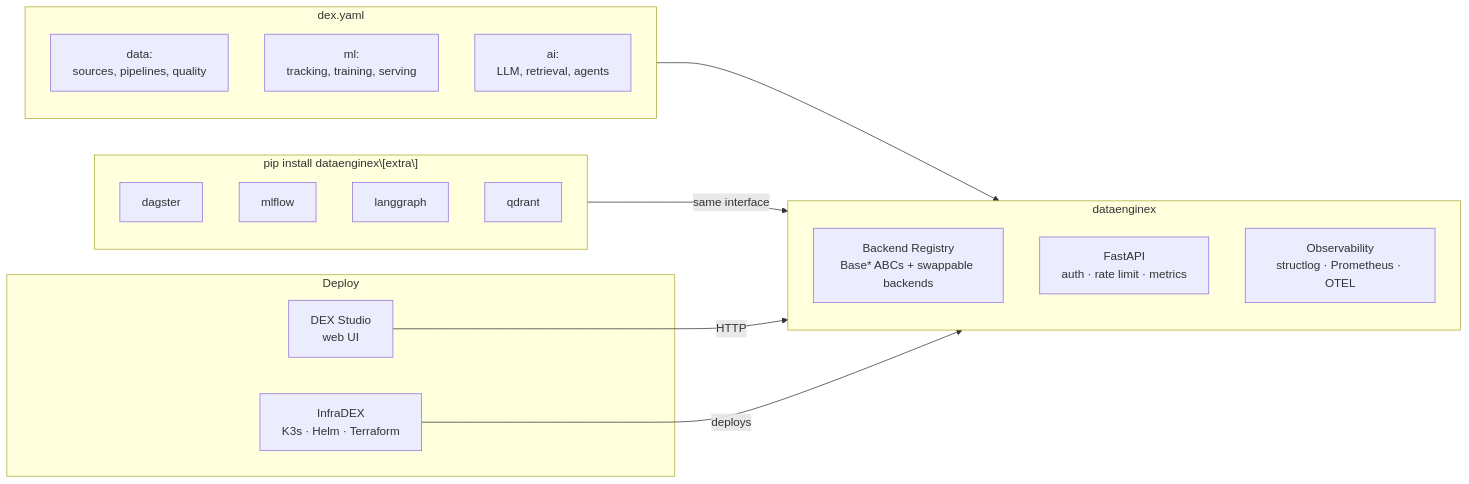
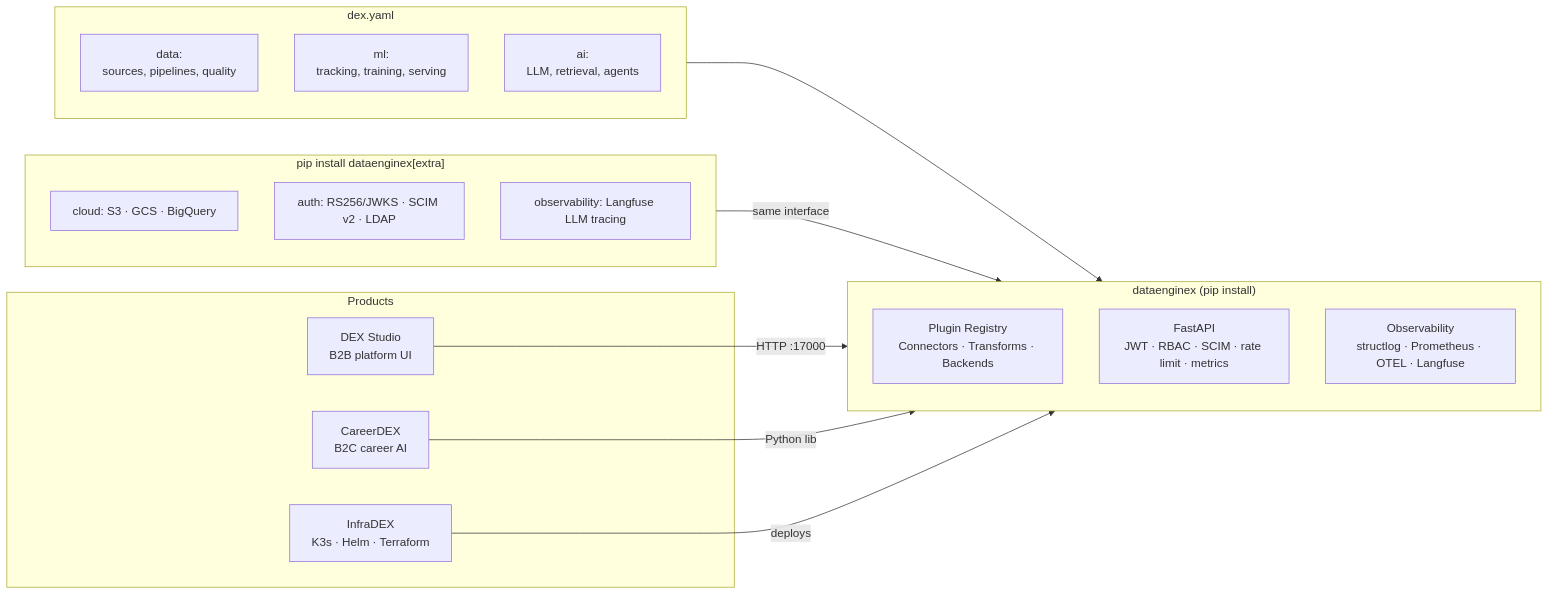
Before and after one commit to TheDataEngineX/.github: the diagram in profile/README.md, drawn with Mermaid. The commit also changed other lines of this file and 9 other files, not shown here.

````diff
--- a/profile/README.md
+++ b/profile/README.md
@@ -24,34 +24,35 @@
 ```mermaid
 graph LR
     subgraph Config ["dex.yaml"]
         direction TB
         DC[data:\nsources, pipelines, quality]
         MC[ml:\ntracking, training, serving]
         AC[ai:\nLLM, retrieval, agents]
     end
 
-    subgraph Core ["dataenginex"]
+    subgraph Core ["dataenginex (pip install)"]
         direction TB
-        REG[Backend Registry\nBase* ABCs + swappable backends]
-        API[FastAPI\nauth · rate limit · metrics]
-        OB[Observability\nstructlog · Prometheus · OTEL]
+        REG[Plugin Registry\nConnectors · Transforms · Backends]
+        API[FastAPI\nJWT · RBAC · SCIM · rate limit · metrics]
+        OB[Observability\nstructlog · Prometheus · OTEL · Langfuse]
     end
 
-    subgraph Extras ["pip install dataenginex\[extra\]"]
-        DAG[dagster]
-        MLF[mlflow]
-        LG[langgraph]
-        QD[qdrant]
+    subgraph Extras ["pip install dataenginex[extra]"]
+        CL[cloud: S3 · GCS · BigQuery]
+        AU[auth: RS256/JWKS · SCIM v2 · LDAP]
+        OV[observability: Langfuse LLM tracing]
     end
 
     Config --> Core
     Extras -->|same interface| Core
 
-    subgraph Deploy
-        UI[DEX Studio\nweb UI]
+    subgraph Products
+        B2B[DEX Studio\nB2B platform UI]
+        B2C[CareerDEX\nB2C career AI]
         INF[InfraDEX\nK3s · Helm · Terraform]
     end
 
-    UI -->|HTTP| Core
+    B2B -->|HTTP :17000| Core
+    B2C -->|Python lib| Core
     INF -->|deploys| Core
 ```
````
